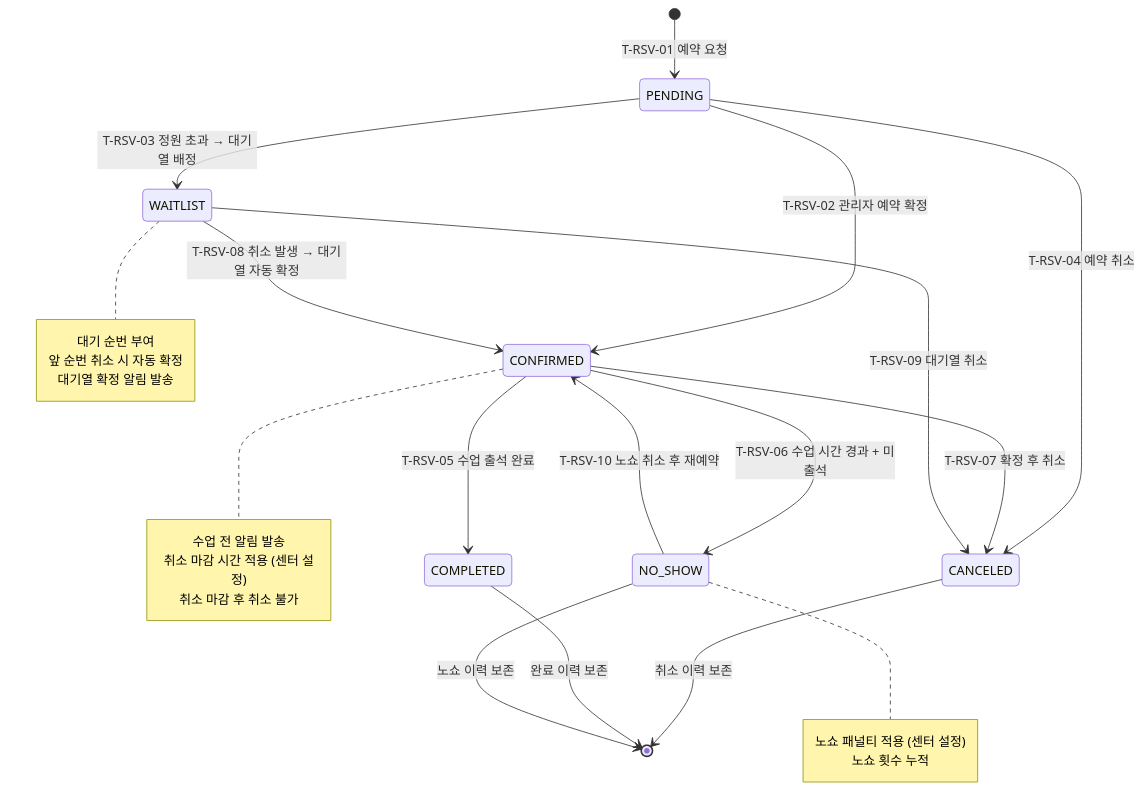
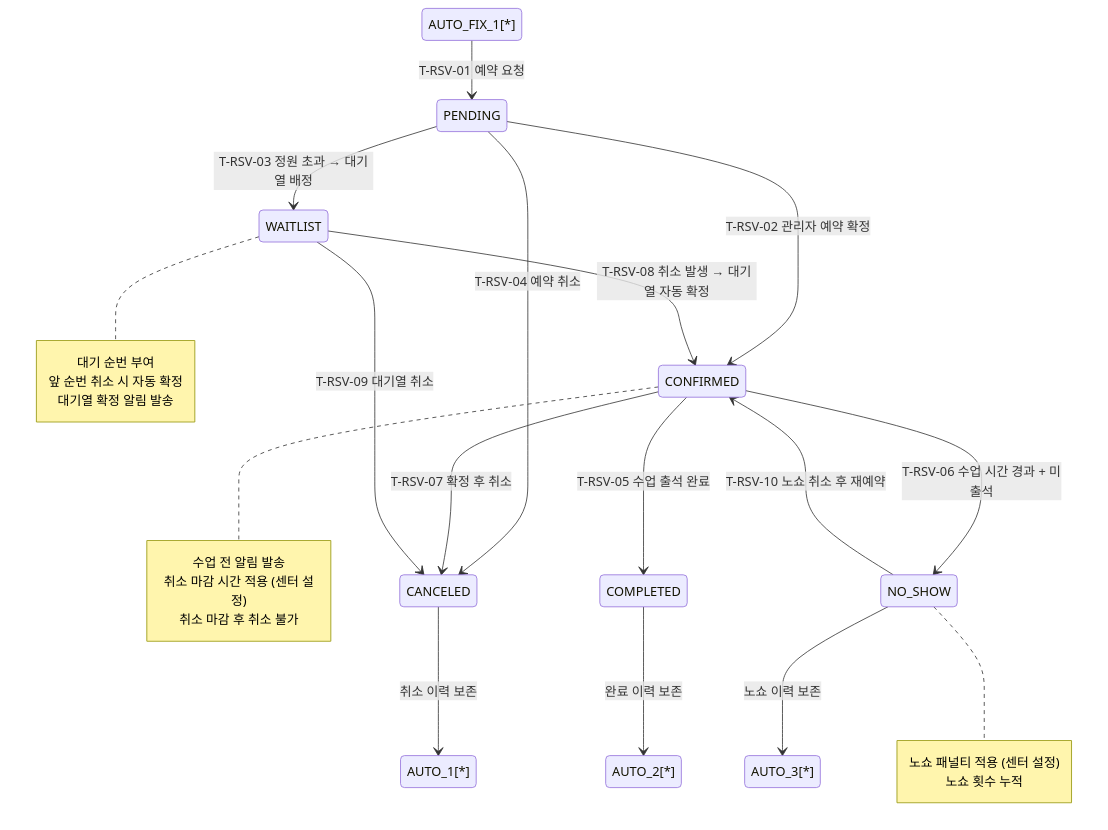
Before and after one commit to dev-spogym/admin-pando: the diagram in docs/admin/다이어그램/20_상태전이도/20-06_ReservationStatus.md, drawn with Mermaid. The commit also changed 369 other files, not shown here.

````diff
--- a/docs/admin/다이어그램/20_상태전이도/20-06_ReservationStatus.md
+++ b/docs/admin/다이어그램/20_상태전이도/20-06_ReservationStatus.md
@@ -33,37 +33,37 @@
 ```mermaid
 stateDiagram-v2
-    [*] --> PENDING : T-RSV-01 예약 요청
+    AUTO_FIX_1[*] --> PENDING : T-RSV-01 예약 요청
 
     PENDING --> CONFIRMED : T-RSV-02 관리자 예약 확정
     PENDING --> WAITLIST : T-RSV-03 정원 초과 → 대기열 배정
     PENDING --> CANCELED : T-RSV-04 예약 취소
 
     CONFIRMED --> COMPLETED : T-RSV-05 수업 출석 완료
     CONFIRMED --> NO_SHOW : T-RSV-06 수업 시간 경과 + 미출석
     CONFIRMED --> CANCELED : T-RSV-07 확정 후 취소
 
     WAITLIST --> CONFIRMED : T-RSV-08 취소 발생 → 대기열 자동 확정
     WAITLIST --> CANCELED : T-RSV-09 대기열 취소
 
     NO_SHOW --> CONFIRMED : T-RSV-10 노쇼 취소 후 재예약
-    CANCELED --> [*] : 취소 이력 보존
-    COMPLETED --> [*] : 완료 이력 보존
-    NO_SHOW --> [*] : 노쇼 이력 보존
+    CANCELED --> AUTO_1[*] : 취소 이력 보존
+    COMPLETED --> AUTO_2[*] : 완료 이력 보존
+    NO_SHOW --> AUTO_3[*] : 노쇼 이력 보존
 
     note right of WAITLIST
         대기 순번 부여
         앞 순번 취소 시 자동 확정
         대기열 확정 알림 발송
     end note
 
     note right of CONFIRMED
         수업 전 알림 발송
         취소 마감 시간 적용 (센터 설정)
         취소 마감 후 취소 불가
     end note
 
     note right of NO_SHOW
         노쇼 패널티 적용 (센터 설정)
         노쇼 횟수 누적
     end note
 ```
````
